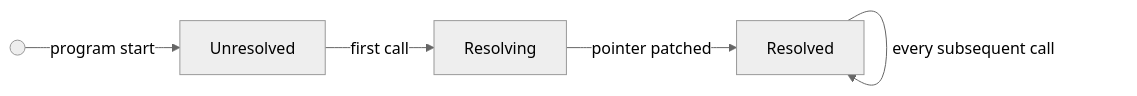
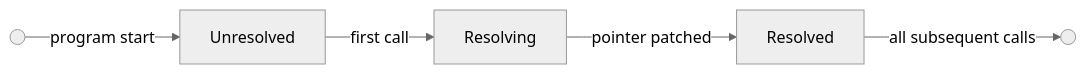
The first of 3 diagrams in _posts/2026-05-12-lazy-resolution-resolve-once-dispatch-forever.md (Shubhankar-Gambhir/Shubhankar-Gambhir.github.io), drawn with Mermaid (neutral theme) before and after one commit.

Commit message:
Replace self-loop with terminal node in state diagram

````diff
--- a/_posts/2026-05-12-lazy-resolution-resolve-once-dispatch-forever.md
+++ b/_posts/2026-05-12-lazy-resolution-resolve-once-dispatch-forever.md
@@ -76,7 +76,7 @@
 ```mermaid
 flowchart LR
     S(( )) -->|program start| A[Unresolved]
     A -->|first call| B[Resolving]
     B -->|pointer patched| C[Resolved]
-    C -->|every subsequent call| C
+    C -->|all subsequent calls| D(( ))
 ```
````
